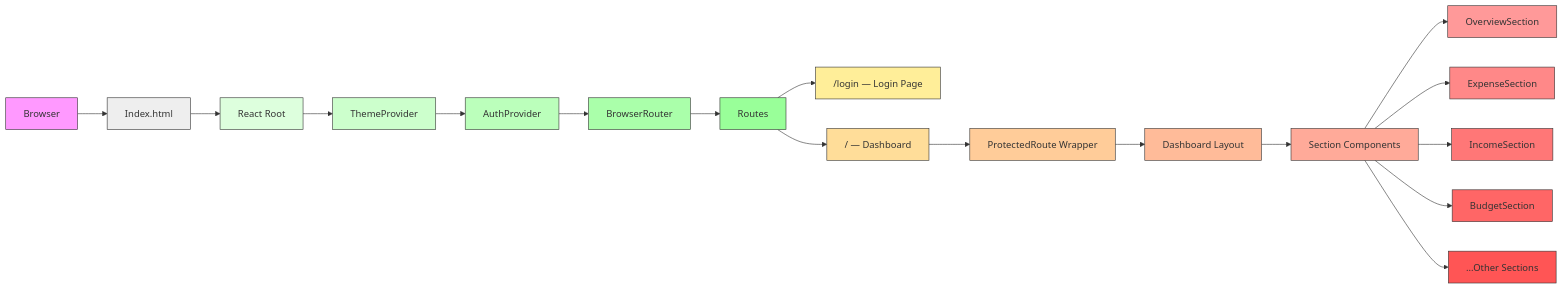
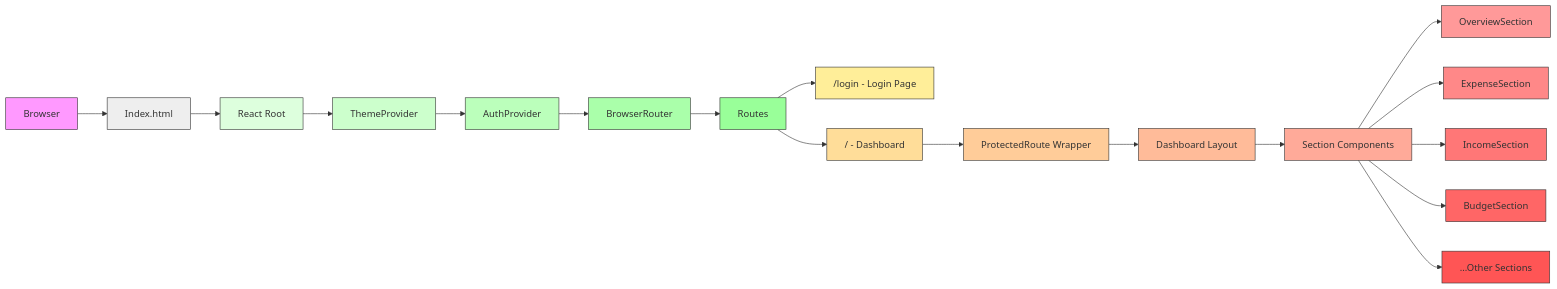
Before and after one commit to Atharva0177/Expense-Planner: the second of 14 diagrams in README.md, drawn with Mermaid. The commit also changed other lines of this file and 39 other files, not shown here.

````diff
--- a/README.md
+++ b/README.md
@@ -182,40 +212,40 @@
 ```mermaid
 flowchart LR
     A[Browser] --> B[Index.html]
     B --> C[React Root]
     C --> D[ThemeProvider]
     D --> E[AuthProvider]
     E --> F[BrowserRouter]
     F --> G[Routes]
 
-    G --> H["/login — Login Page"]
-    G --> I["/ — Dashboard"]
+    G --> H["/login - Login Page"]
+    G --> I["/ - Dashboard"]
 
     I --> J[ProtectedRoute Wrapper]
     J --> K[Dashboard Layout]
     K --> L[Section Components]
 
     L --> M[OverviewSection]
     L --> N[ExpenseSection]
     L --> O[IncomeSection]
     L --> P[BudgetSection]
     L --> Q["...Other Sections"]
 
     style A fill:#f9f,stroke:#333,stroke-width:1px
     style B fill:#eee,stroke:#333,stroke-width:1px
     style C fill:#dfd,stroke:#333,stroke-width:1px
     style D fill:#cfc,stroke:#333,stroke-width:1px
     style E fill:#bfb,stroke:#333,stroke-width:1px
     style F fill:#afa,stroke:#333,stroke-width:1px
     style G fill:#9f9,stroke:#333,stroke-width:1px
     style H fill:#fe9,stroke:#333,stroke-width:1px
     style I fill:#fd9,stroke:#333,stroke-width:1px
     style J fill:#fc9,stroke:#333,stroke-width:1px
     style K fill:#fb9,stroke:#333,stroke-width:1px
     style L fill:#fa9,stroke:#333,stroke-width:1px
     style M fill:#f99,stroke:#333,stroke-width:1px
     style N fill:#f88,stroke:#333,stroke-width:1px
     style O fill:#f77,stroke:#333,stroke-width:1px
     style P fill:#f66,stroke:#333,stroke-width:1px
     style Q fill:#f55,stroke:#333,stroke-width:1px
 ```
````
